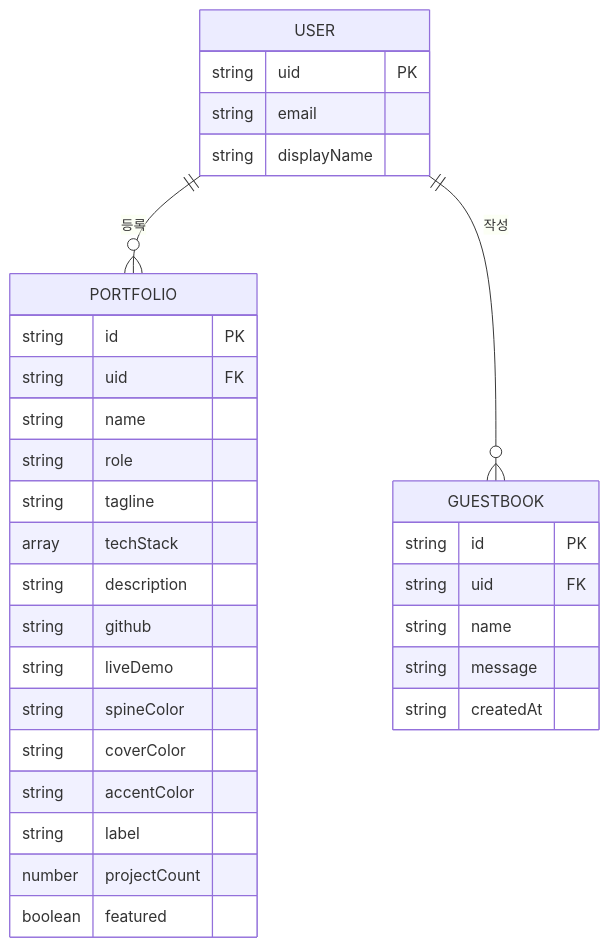
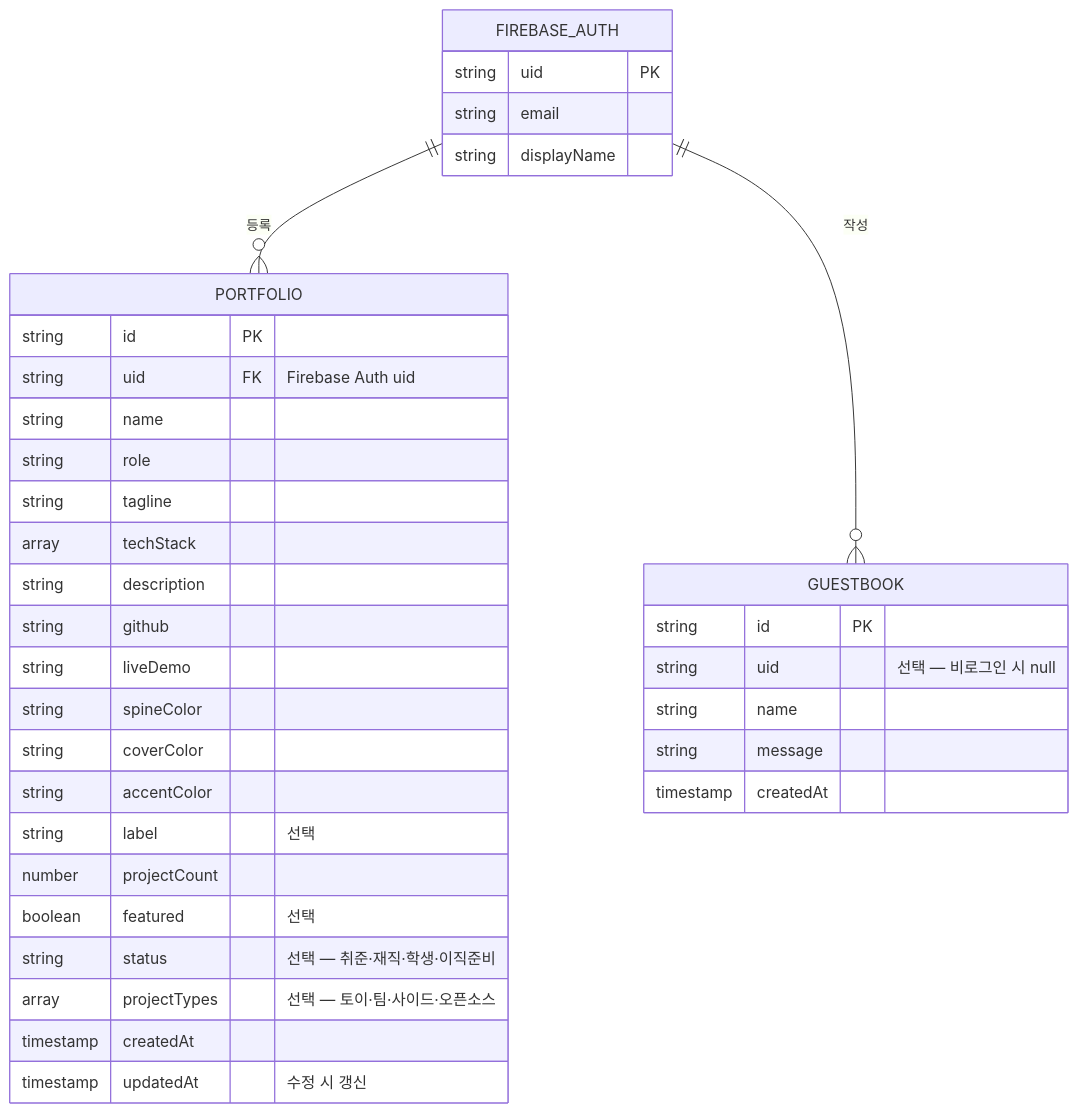
One commit to front-jeju/devshelf changed the third of 7 diagrams in README.md. Above: the diagram before and after it, drawn with Mermaid. The commit also changed other lines of this file, not shown here.

````diff
--- a/README.md
+++ b/README.md
@@ -270,37 +349,41 @@
 ```mermaid
 erDiagram
-    USER {
+    FIREBASE_AUTH {
         string uid PK
         string email
         string displayName
     }
 
     PORTFOLIO {
         string id PK
-        string uid FK
+        string uid FK "Firebase Auth uid"
         string name
         string role
         string tagline
         array techStack
         string description
         string github
         string liveDemo
         string spineColor
         string coverColor
         string accentColor
-        string label
+        string label "선택"
         number projectCount
-        boolean featured
+        boolean featured "선택"
+        string status "선택 — 취준·재직·학생·이직준비"
+        array projectTypes "선택 — 토이·팀·사이드·오픈소스"
+        timestamp createdAt
+        timestamp updatedAt "수정 시 갱신"
     }
 
     GUESTBOOK {
         string id PK
-        string uid FK
+        string uid "선택 — 비로그인 시 null"
         string name
         string message
-        string createdAt
+        timestamp createdAt
     }
 
-    USER ||--o{ PORTFOLIO : "등록"
-    USER ||--o{ GUESTBOOK : "작성"
+    FIREBASE_AUTH ||--o{ PORTFOLIO : "등록"
+    FIREBASE_AUTH ||--o{ GUESTBOOK : "작성"
 ```
````
